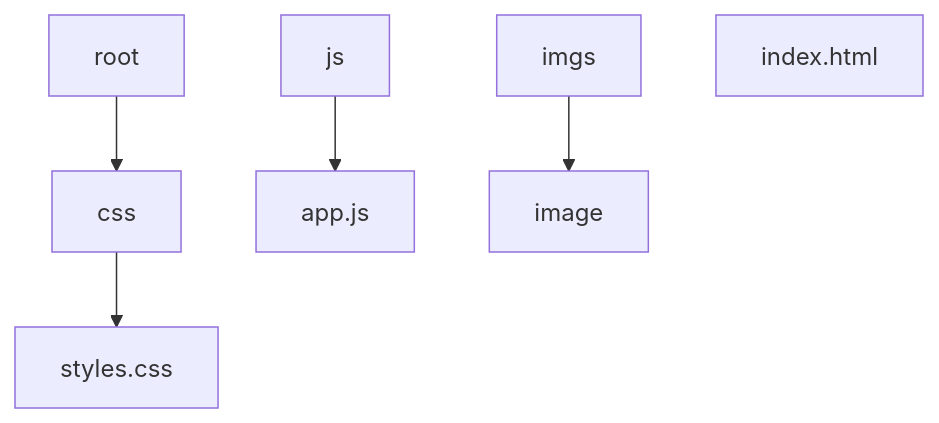
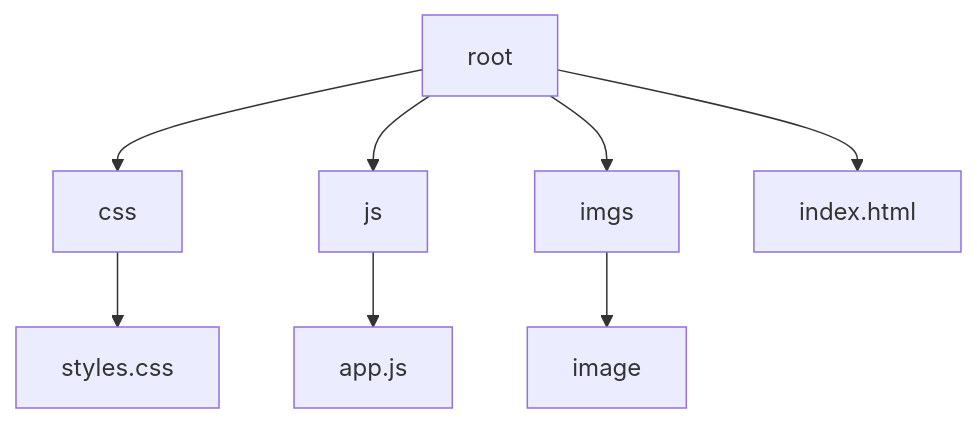
Before and after one commit to Ftohtarek/Udacity-Project: the first of 4 diagrams in Quiz/README.MD, drawn with Mermaid.

Commit message:
Basic writing and formatting syntax

````diff
--- a/Quiz/README.MD
+++ b/Quiz/README.MD
@@ -2,9 +2,12 @@
 ```mermaid
 graph TD;
 root-->
     css-->styles.css;
+root-->
     js-->app.js;
+root-->
     imgs-->image;
+root-->
     index.html;
 
 ```
````
